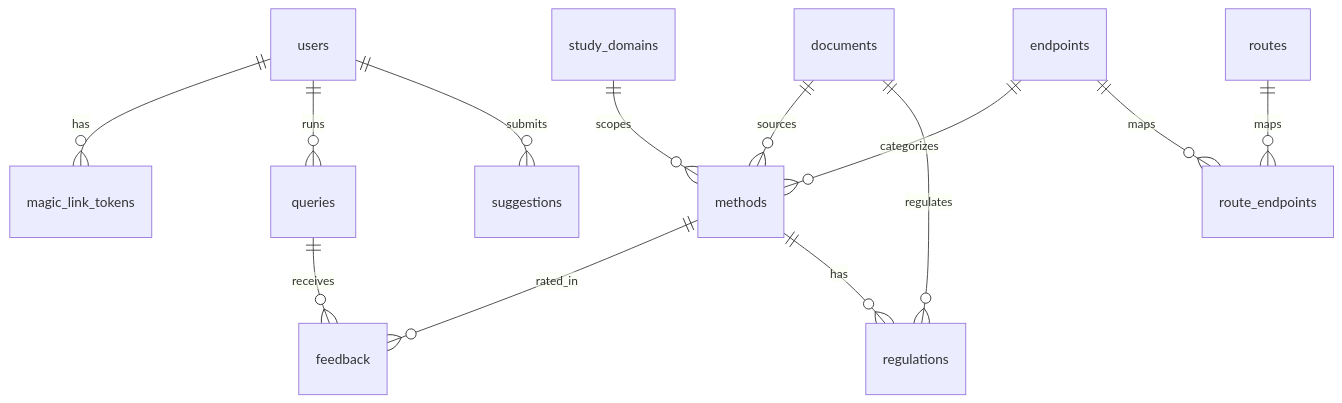
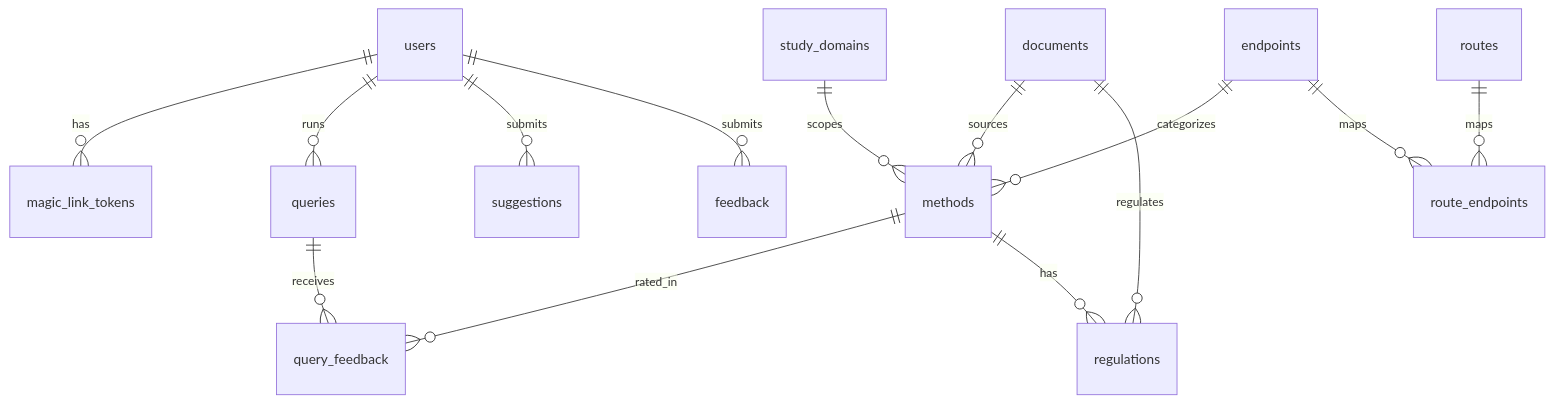
One commit to frcsantos/3R-assist changed the diagram in docs/tables.md. Above: the diagram before and after it, drawn with Mermaid. The commit also changed other lines of this file and 61 other files, not shown here.

Commit message:
many schema changes, some translation and UI improvements as well

````diff
--- a/docs/tables.md
+++ b/docs/tables.md
@@ -273,15 +296,16 @@
 ```mermaid
 erDiagram
     users ||--o{ magic_link_tokens : has
     users ||--o{ queries : runs
     users ||--o{ suggestions : submits
-    queries ||--o{ feedback : receives
-    methods ||--o{ feedback : rated_in
+    users ||--o{ feedback : submits
+    queries ||--o{ query_feedback : receives
+    methods ||--o{ query_feedback : rated_in
     methods ||--o{ regulations : has
     documents ||--o{ methods : sources
     documents ||--o{ regulations : regulates
     endpoints ||--o{ methods : categorizes
     study_domains ||--o{ methods : scopes
     routes ||--o{ route_endpoints : maps
     endpoints ||--o{ route_endpoints : maps
 ```
````
